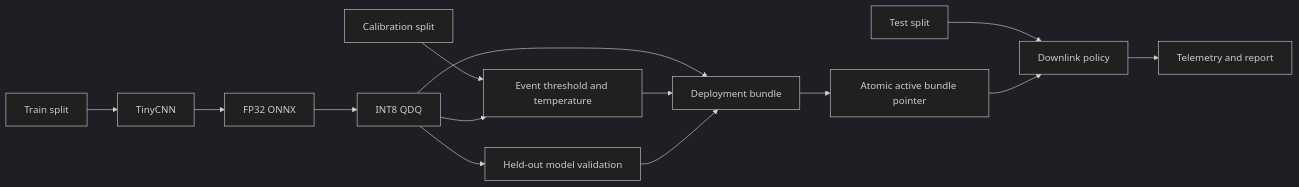
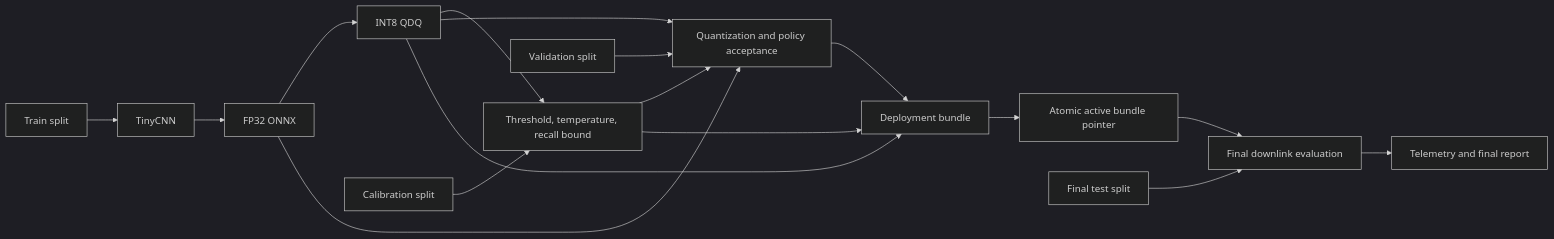
Before and after one commit to sylvesterkaczmarek/phisat2-trustworthy-onboard-ai: the diagram in README.md, drawn with Mermaid (dark theme). The commit also changed other lines of this file and 18 other files, not shown here.

````diff
--- a/README.md
+++ b/README.md
@@ -15,16 +15,19 @@
 ```mermaid
 flowchart LR
     A[Train split] --> B[TinyCNN]
     B --> C[FP32 ONNX]
     C --> D[INT8 QDQ]
-    D --> G[Held-out model validation]
-    E[Calibration split] --> F[Event threshold and temperature]
+    E[Calibration split] --> F[Threshold, temperature, recall bound]
     D --> F
+    V[Validation split] --> G[Quantization and policy acceptance]
+    C --> G
+    D --> G
+    F --> G
     D --> K[Deployment bundle]
     F --> K
     G --> K
     K --> L[Atomic active bundle pointer]
-    I[Test split] --> H[Downlink policy]
+    T[Final test split] --> H[Final downlink evaluation]
     L --> H
-    H --> J[Telemetry and report]
+    H --> J[Telemetry and final report]
 ```
````
